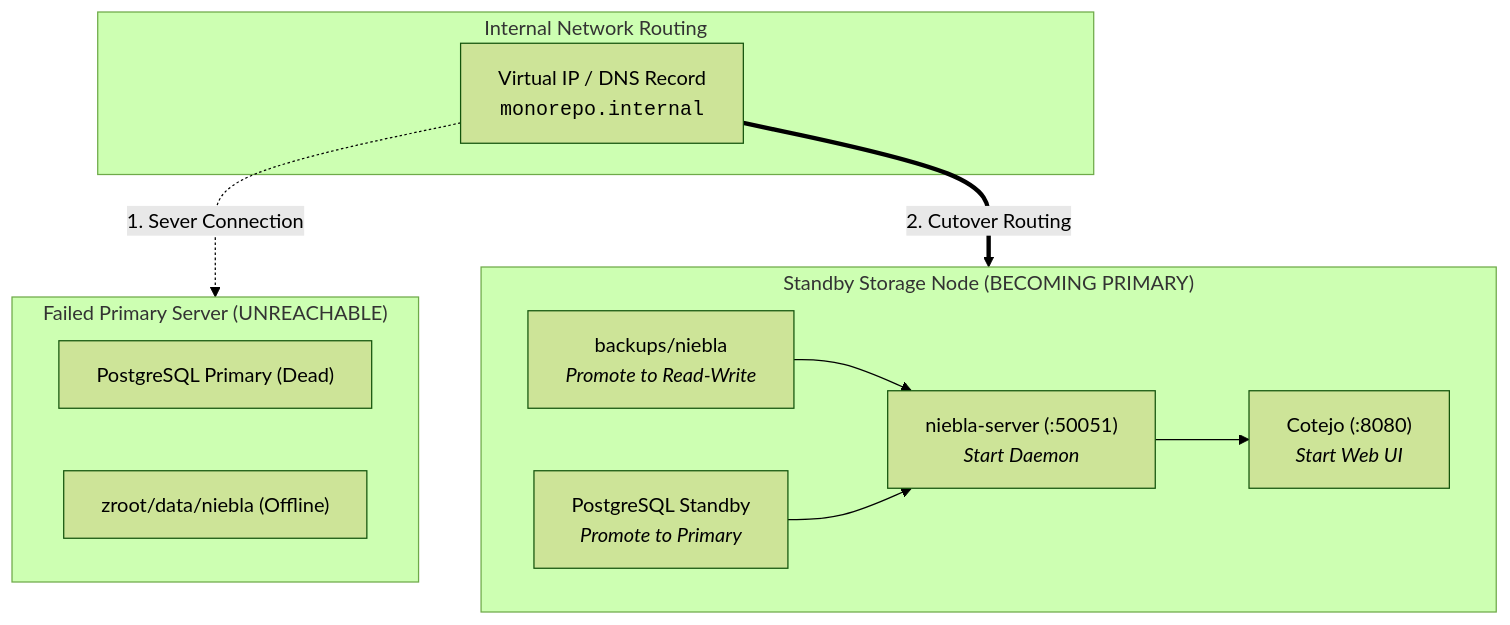
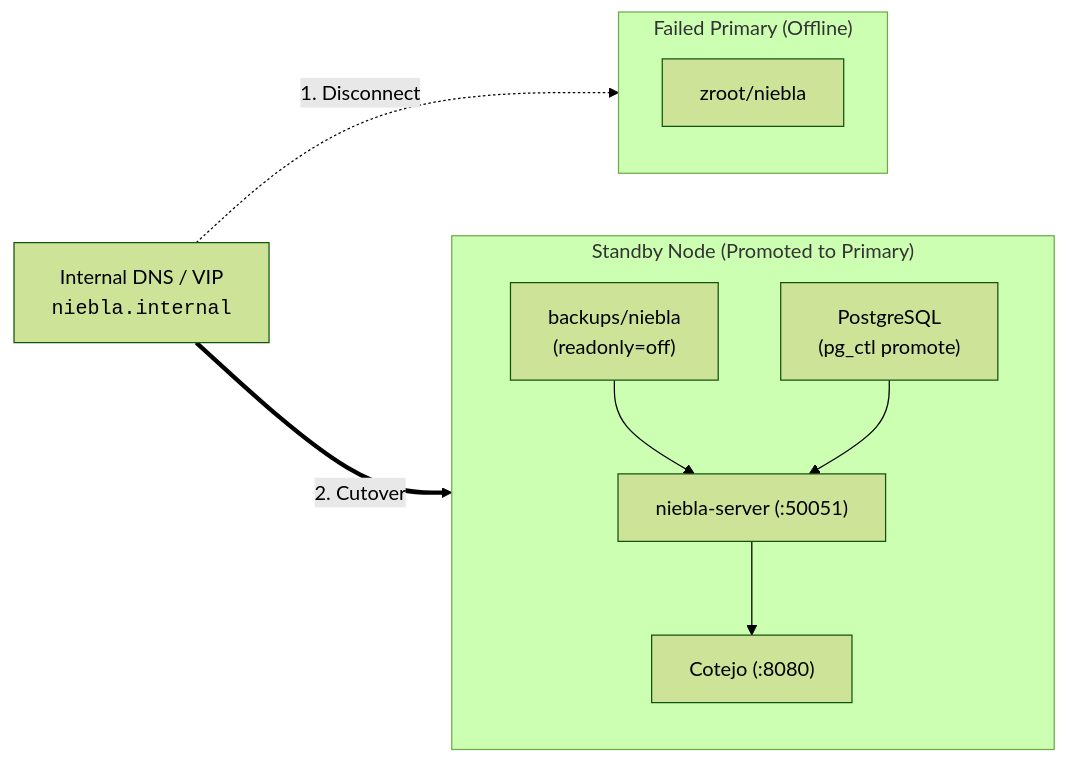
One commit to mrtnzjsh/niebla changed the diagram in docs-site/src/content/docs/recipes/disaster-recovery.md. Above: the diagram before and after it, drawn with Mermaid (forest theme). The commit also changed other lines of this file and 40 other files, not shown here.

````diff
--- a/docs-site/src/content/docs/recipes/disaster-recovery.md
+++ b/docs-site/src/content/docs/recipes/disaster-recovery.md
@@ -17,24 +96,19 @@
 ```mermaid
-flowchart TD
-    subgraph OldPrimary["Failed Primary Server (UNREACHABLE)"]
-        OldPG["PostgreSQL Primary (Dead)"]
-        OldZFS["zroot/data/niebla (Offline)"]
+flowchart LR
+    subgraph OldPrimary["Failed Primary (Offline)"]
+        OldZFS["zroot/niebla"]
     end
 
-    subgraph Standby["Standby Storage Node (BECOMING PRIMARY)"]
-        NewZFS["backups/niebla<br/><i>Promote to Read-Write</i>"]
-        NewPG["PostgreSQL Standby<br/><i>Promote to Primary</i>"]
-        NewServer["niebla-server (:50051)<br/><i>Start Daemon</i>"]
-        NewCotejo["Cotejo (:8080)<br/><i>Start Web UI</i>"]
+    subgraph Standby["Standby Node (Promoted to Primary)"]
+        NewZFS["backups/niebla<br/>(readonly=off)"]
+        NewPG["PostgreSQL<br/>(pg_ctl promote)"]
+        NewServer["niebla-server (:50051)"]
+        NewCotejo["Cotejo (:8080)"]
+        NewZFS --> NewServer
+        NewPG --> NewServer
+        NewServer --> NewCotejo
     end
 
-    subgraph Network["Internal Network Routing"]
-        VIP["Virtual IP / DNS Record<br/><code>monorepo.internal</code>"]
-    end
-
-    VIP -.->|"1. Sever Connection"| OldPrimary
-    VIP ==>|"2. Cutover Routing"| Standby
-    NewZFS --> NewServer
-    NewPG --> NewServer
-    NewServer --> NewCotejo
+    VIP["Internal DNS / VIP<br/><code>niebla.internal</code>"] -.->|"1. Disconnect"| OldPrimary
+    VIP ==>|"2. Cutover"| Standby
 ```
````
